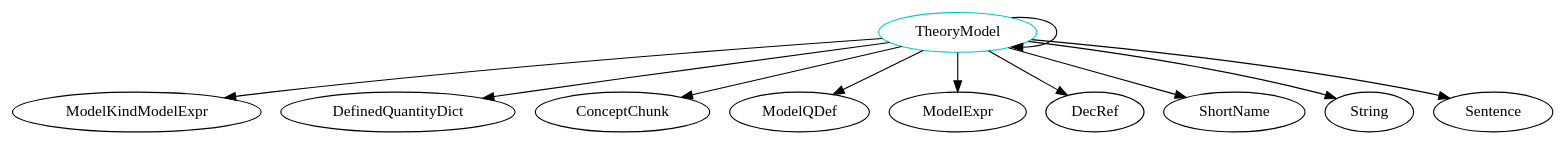
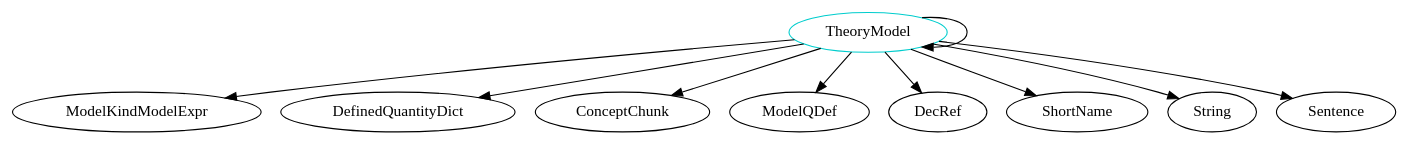
One commit to JacquesCarette/Drasil changed the diagram in analysis/TypeDependencyGraphs/theory/TheoryModel.dot. Above: the diagram before and after it, drawn with Graphviz. The commit also changed 478 other files, not shown here.

```diff
--- a/analysis/TypeDependencyGraphs/theory/TheoryModel.dot
+++ b/analysis/TypeDependencyGraphs/theory/TheoryModel.dot
@@ -1,13 +1,12 @@
 digraph theorymodel{
 TheoryModel	[shape=oval, color=cyan3, label="TheoryModel"];
 TheoryModel -> ModelKindModelExpr;
 TheoryModel -> TheoryModel;
 TheoryModel -> DefinedQuantityDict;
 TheoryModel -> ConceptChunk;
 TheoryModel -> ModelQDef;
-TheoryModel -> ModelExpr;
 TheoryModel -> DecRef;
 TheoryModel -> ShortName;
 TheoryModel -> String;
 TheoryModel -> Sentence;
 }
```
